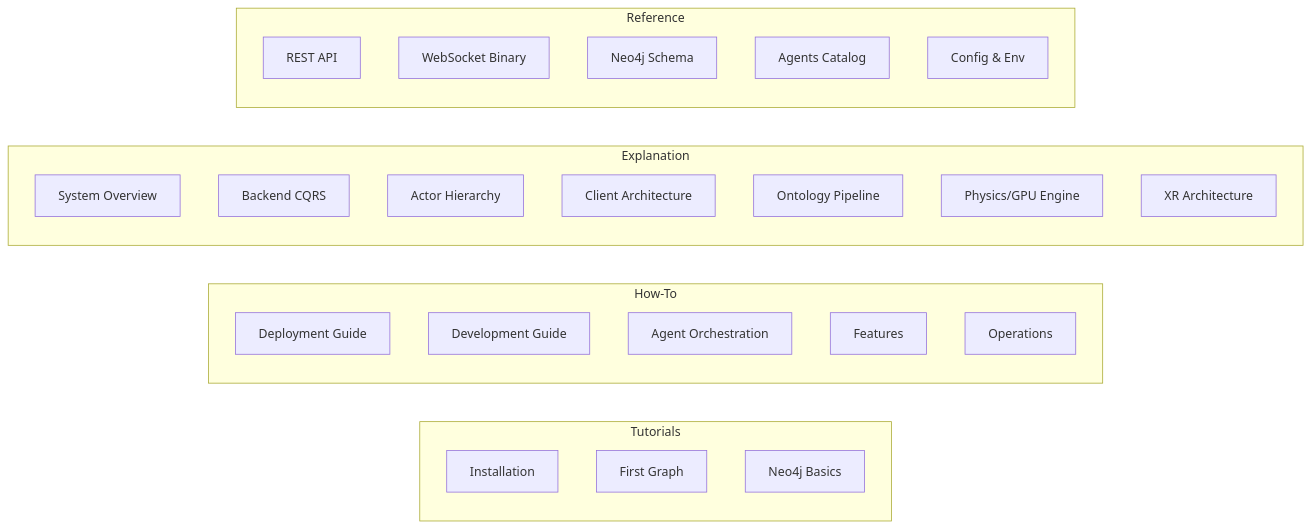
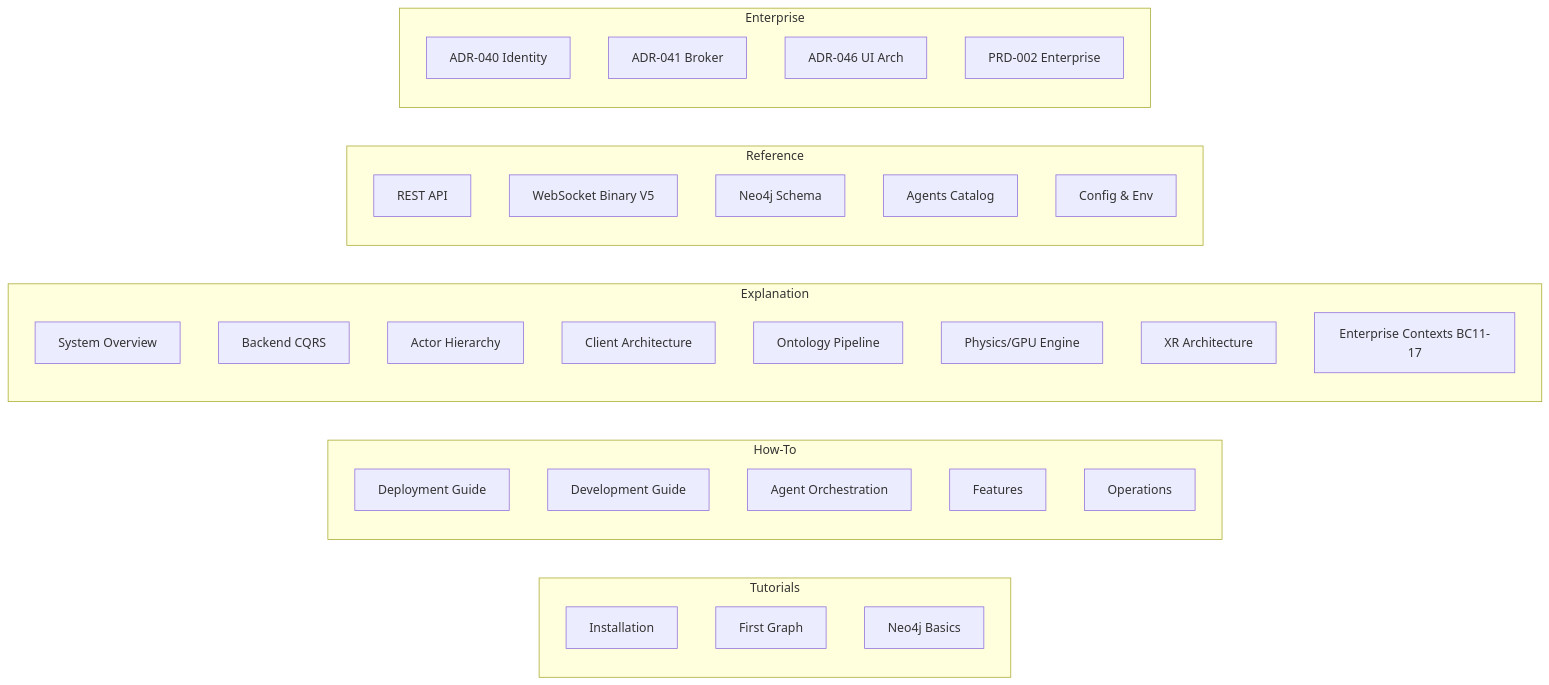
One commit to shaneholloman/logseq-spring-thing changed the diagram in docs/README.md. Above: the diagram before and after it, drawn with Mermaid. The commit also changed other lines of this file and 6 other files, not shown here.

````diff
--- a/docs/README.md
+++ b/docs/README.md
@@ -33,31 +33,38 @@
 ```mermaid
 graph LR
     subgraph "Tutorials"
         T1[Installation]
         T2[First Graph]
         T3[Neo4j Basics]
     end
     subgraph "How-To"
         H1[Deployment Guide]
         H2[Development Guide]
         H3[Agent Orchestration]
         H4[Features]
         H5[Operations]
     end
     subgraph "Explanation"
         E1[System Overview]
         E2[Backend CQRS]
         E3[Actor Hierarchy]
         E4[Client Architecture]
         E5[Ontology Pipeline]
         E6[Physics/GPU Engine]
         E7[XR Architecture]
+        E8[Enterprise Contexts BC11-17]
     end
     subgraph "Reference"
         R1[REST API]
-        R2[WebSocket Binary]
+        R2[WebSocket Binary V5]
         R3[Neo4j Schema]
         R4[Agents Catalog]
         R5[Config & Env]
     end
+    subgraph "Enterprise"
+        ADR40[ADR-040 Identity]
+        ADR41[ADR-041 Broker]
+        ADR46[ADR-046 UI Arch]
+        PRD2[PRD-002 Enterprise]
+    end
 ```
````
